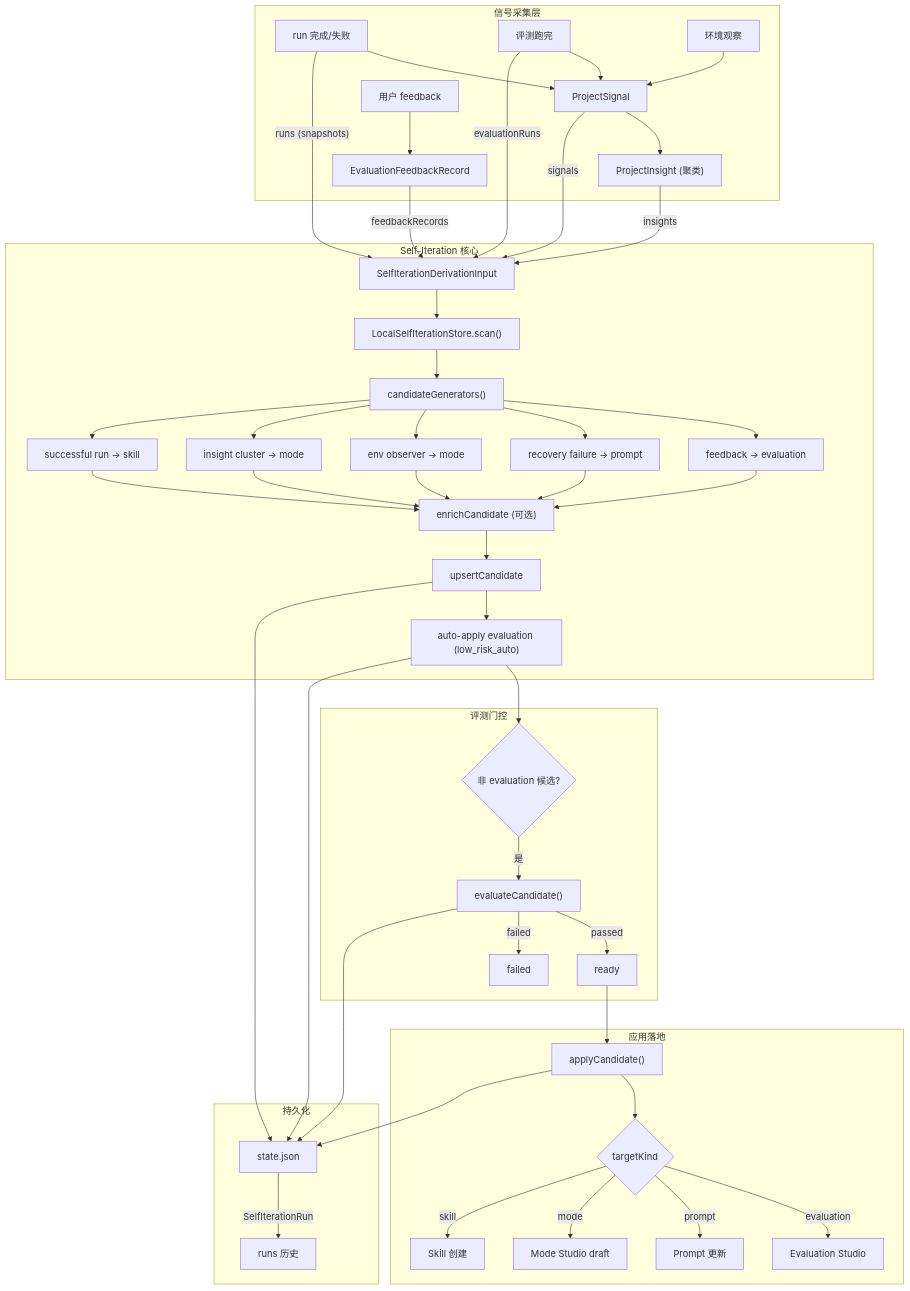
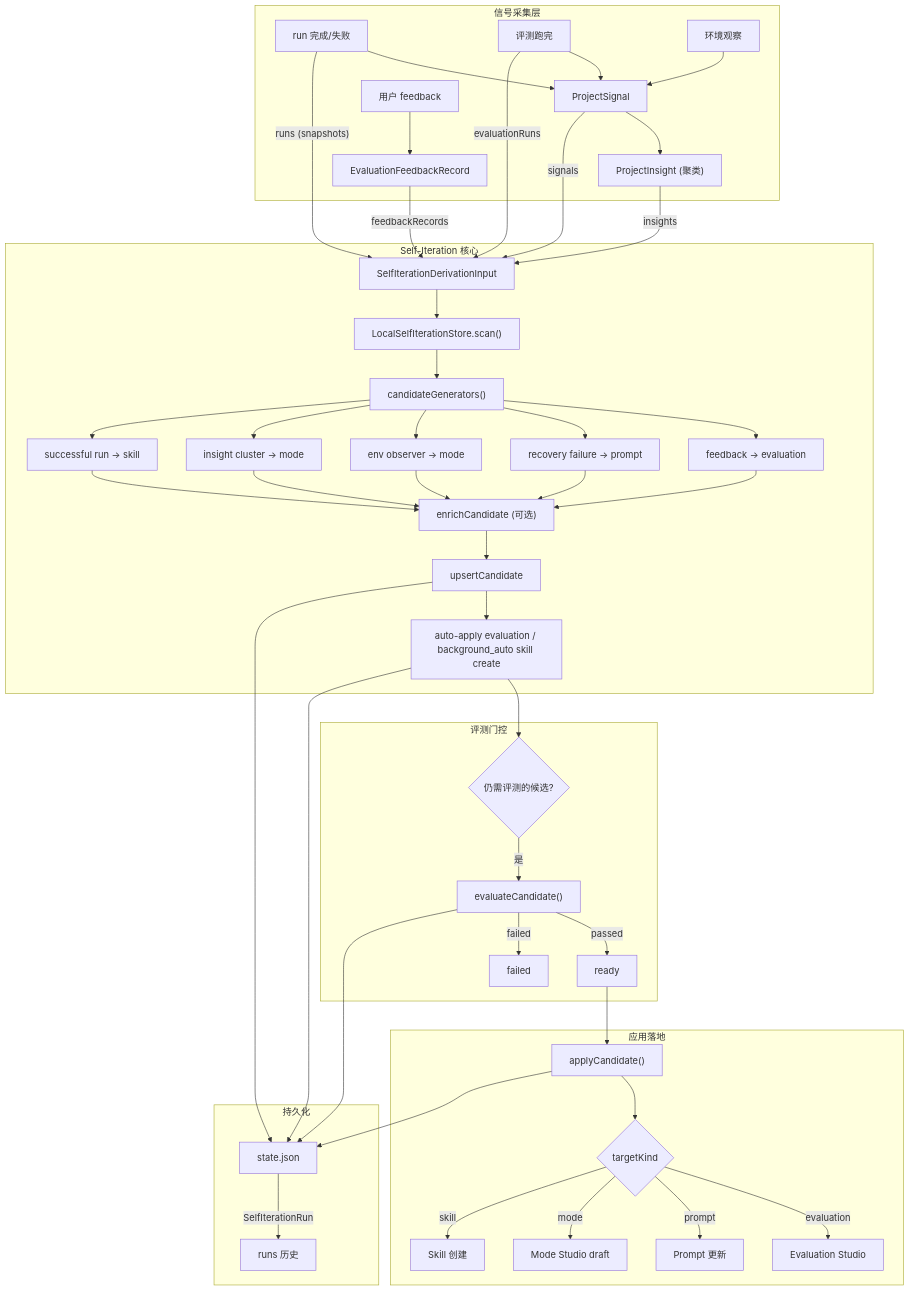
One commit to cemeworm/Ora changed the eighth of 8 diagrams in docs/ora-self-iteration-loop.md. Above: the diagram before and after it, drawn with Mermaid. The commit also changed other lines of this file and 4 other files, not shown here.

````diff
--- a/docs/ora-self-iteration-loop.md
+++ b/docs/ora-self-iteration-loop.md
@@ -621,55 +624,55 @@
 ```mermaid
 flowchart TD
     subgraph "信号采集层"
         R1["run 完成/失败"] --> S1["ProjectSignal"]
         R2["用户 feedback"] --> S2["EvaluationFeedbackRecord"]
         R3["评测跑完"] --> S1
         R4["环境观察"] --> S1
         S1 --> S3["ProjectInsight (聚类)"]
     end
 
     subgraph "Self-Iteration 核心"
         S1 -->|"signals"| DERIVE["SelfIterationDerivationInput"]
         S2 -->|"feedbackRecords"| DERIVE
         S3 -->|"insights"| DERIVE
         R1 -->|"runs (snapshots)"| DERIVE
         R3 -->|"evaluationRuns"| DERIVE
 
         DERIVE --> SCAN["LocalSelfIterationStore.scan()"]
 
         SCAN --> GEN["candidateGenerators()"]
         GEN --> G1["feedback → evaluation"]
         GEN --> G2["recovery failure → prompt"]
         GEN --> G3["env observer → mode"]
         GEN --> G4["insight cluster → mode"]
         GEN --> G5["successful run → skill"]
 
         G1 & G2 & G3 & G4 & G5 --> ENRICH["enrichCandidate (可选)"]
         ENRICH --> UPSERT["upsertCandidate"]
-        UPSERT --> AUTO["auto-apply evaluation (low_risk_auto)"]
+        UPSERT --> AUTO["auto-apply evaluation / background_auto skill create"]
     end
 
     subgraph "评测门控"
-        AUTO --> EVAL_DECISION{"非 evaluation 候选?"}
+        AUTO --> EVAL_DECISION{"仍需评测的候选?"}
         EVAL_DECISION -->|"是"| EVAL["evaluateCandidate()"]
         EVAL -->|"passed"| READY["ready"]
         EVAL -->|"failed"| FAIL["failed"]
     end
 
     subgraph "应用落地"
         READY --> APPLY["applyCandidate()"]
         APPLY --> DISPATCH{"targetKind"}
         DISPATCH -->|"evaluation"| ES["Evaluation Studio"]
         DISPATCH -->|"prompt"| PE["Prompt 更新"]
         DISPATCH -->|"mode"| MS["Mode Studio draft"]
         DISPATCH -->|"skill"| SK["Skill 创建"]
     end
 
     subgraph "持久化"
         UPSERT --> STATE["state.json"]
         AUTO --> STATE
         EVAL --> STATE
         APPLY --> STATE
         STATE -->|"SelfIterationRun"| RUNS["runs 历史"]
     end
 ```
````
